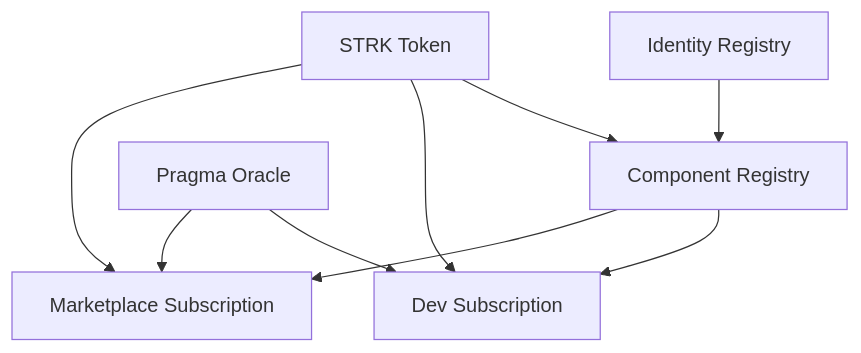
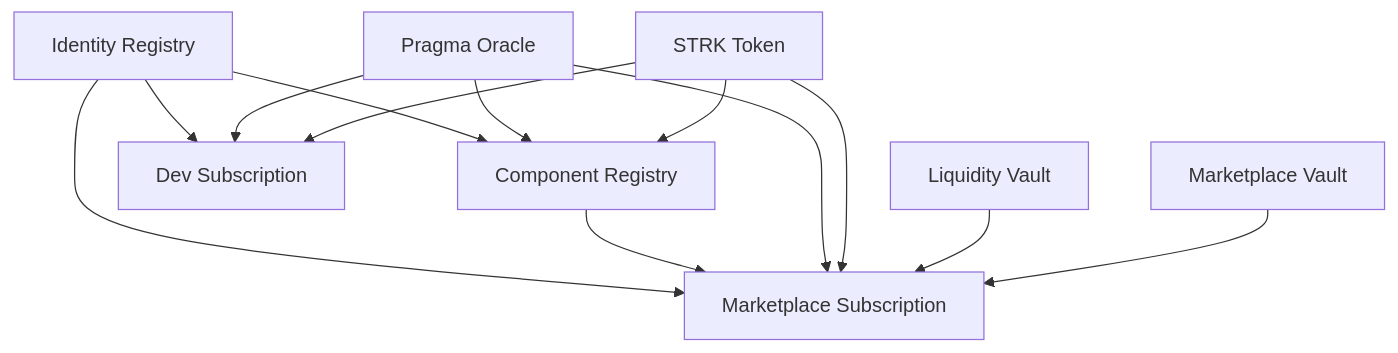
One commit to dragonsarealive/StarkFlux_v0.1 changed the diagram in README.md. Above: the diagram before and after it, drawn with Mermaid. The commit also changed other lines of this file, not shown here.

Commit message:
Fix contract interaction diagram and architecture - Corrected based on actual smart contract source code analysis. Key changes: Identity Registry as hub, no direct Component Registry to Dev Subscription connection, added proper dependency flows

````diff
--- a/README.md
+++ b/README.md
@@ -68,11 +68,15 @@
 ```mermaid
 graph TD
     A[Identity Registry] --> B[Component Registry]
-    B --> C[Dev Subscription]
-    B --> D[Marketplace Subscription]
-    E[Pragma Oracle] --> C
+    A --> C[Dev Subscription]
+    A --> D[Marketplace Subscription]
+    B --> D
+    E[Pragma Oracle] --> B
+    E --> C
     E --> D
     F[STRK Token] --> B
     F --> C
     F --> D
+    G[Liquidity Vault] --> D
+    H[Marketplace Vault] --> D
 ```
````
